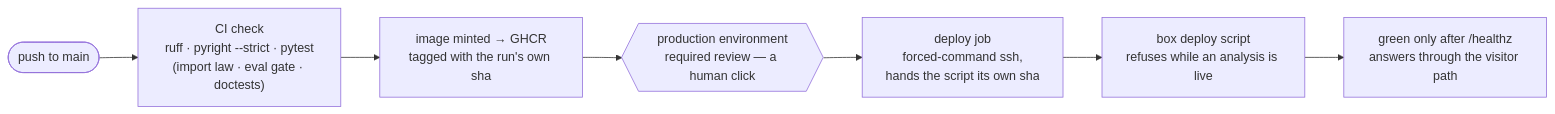
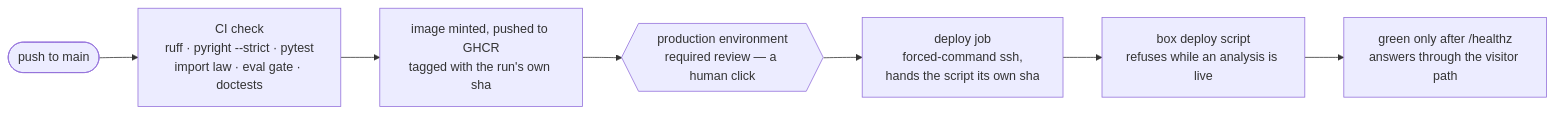
Before and after one commit to arda-basarici/steam-lens: the second of 4 diagrams in ARCHITECTURE.md, drawn with Mermaid. The commit also changed other lines of this file and 1 other file, not shown here.

Commit message:
document updates after going live

````diff
--- a/ARCHITECTURE.md
+++ b/ARCHITECTURE.md
@@ -75,9 +82,17 @@
 ```mermaid
 flowchart LR
-    PUSH([push to main]) --> CHECK["CI check<br/>ruff · pyright --strict · pytest<br/>(import law · eval gate · doctests)"]
-    CHECK --> IMG["image minted → GHCR<br/>tagged with the run's own sha"]
-    IMG --> GATE{{"production environment<br/>required review — a human click"}}
-    GATE --> DEPLOY["deploy job<br/>forced-command ssh,<br/>hands the script its own sha"]
-    DEPLOY --> SCRIPT["box deploy script<br/>refuses while an analysis is live"]
-    SCRIPT --> HEALTH["green only after /healthz<br/>answers through the visitor path"]
+    PUSH([push to main]) --> CHECK["`CI check
+    ruff · pyright --strict · pytest
+    import law · eval gate · doctests`"]
+    CHECK --> IMG["`image minted, pushed to GHCR
+    tagged with the run's own sha`"]
+    IMG --> GATE{{"`production environment
+    required review — a human click`"}}
+    GATE --> DEPLOY["`deploy job
+    forced-command ssh,
+    hands the script its own sha`"]
+    DEPLOY --> SCRIPT["`box deploy script
+    refuses while an analysis is live`"]
+    SCRIPT --> HEALTH["`green only after /healthz
+    answers through the visitor path`"]
 ```
````
